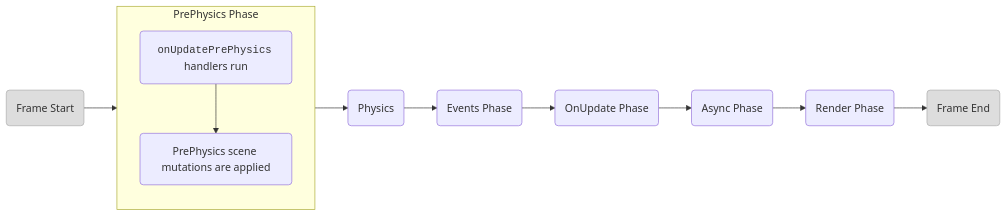
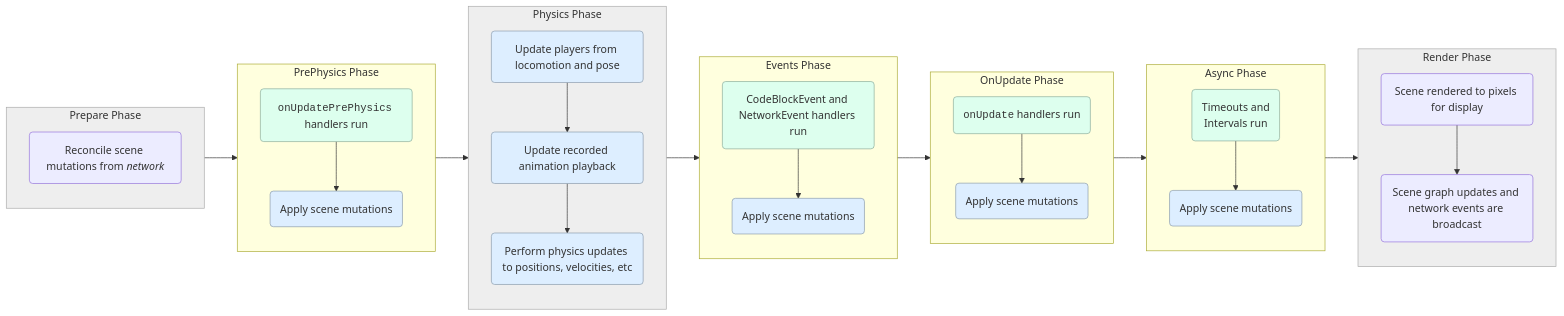
The first of 4 diagrams in HorizonTechnicalDoc.md (MHCPCreators/horizonCreatorManual), drawn with Mermaid before and after one commit. The commit also changed other lines of this file, not shown here.

Commit message:
Change frame sequence to flowChart from stateDiagram

````diff
--- a/HorizonTechnicalDoc.md
+++ b/HorizonTechnicalDoc.md
@@ -1418,17 +1346,57 @@
 ```mermaid
 flowchart LR
-  subgraph prePhysics [PrePhysics Phase]
-    preHandlers(<code style="background-color:#0000">onUpdatePrePhysics</code> handlers run) --> preMutations(PrePhysics scene mutations are applied)
+  subgraph prepare [Prepare Phase]
+    load(Reconcile scene mutations from <i>network</i>)
   end
 
-  frameStart(Frame Start) --> prePhysics
+  subgraph prePhysics [PrePhysics Phase]
+    preHandlers(<code style="background-color:#0000">onUpdatePrePhysics</code> handlers run) --> preMutations(Apply scene mutations)
+  end
+
+  subgraph physics [Physics Phase]
+    locomotion(Update players from locomotion and pose) --> animation(Update recorded animation playback)
+
+    animation --> physicsStep(Perform physics updates to positions, velocities, etc)
+  end
+
+  subgraph events [Events Phase]
+    eventHandlers(CodeBlockEvent and NetworkEvent handlers run) --> eventsMutations(Apply scene mutations)
+  end
+
+  subgraph onUpdate [OnUpdate Phase]
+    onUpdateHandlers(<code style="background-color:#0000">onUpdate</code> handlers run) --> onUpdateMutations(Apply scene mutations)
+  end
+
+  subgraph async [Async Phase]
+    asyncHandlers(Timeouts and<br/>Intervals run) --> asyncMutations(Apply scene mutations)
+  end
+
+  subgraph render [Render Phase]
+    sceneRender(Scene rendered to pixels for display) --> broadcast(Scene graph updates and network events are broadcast)
+  end
+
+  prepare --> prePhysics
   prePhysics --> physics(Physics)
   physics --> events(Events Phase)
   events --> onUpdate(OnUpdate Phase)
   onUpdate --> async(Async Phase)
   async --> render(Render Phase)
-  render --> frameEnd(Frame End)
 
-  style frameStart fill:#ddd,stroke:#aaa
-  style frameEnd fill:#ddd,stroke:#aaa
+  style prepare fill:#eee,stroke:#aaa
+  style physics fill:#eee,stroke:#aaa
+  style render fill:#eee,stroke:#aaa
+
+  style preHandlers fill:#dfe,stroke:#8a9
+  style eventHandlers fill:#dfe,stroke:#8a9
+  style onUpdateHandlers fill:#dfe,stroke:#8a9
+  style asyncHandlers fill:#dfe,stroke:#8a9
+
+  style preMutations fill:#def,stroke:#89a
+  style eventsMutations fill:#def,stroke:#89a
+  style onUpdateMutations fill:#def,stroke:#89a
+  style asyncMutations fill:#def,stroke:#89a
+
+  style locomotion fill:#def,stroke:#89a
+  style animation fill:#def,stroke:#89a
+  style physicsStep fill:#def,stroke:#89a
 ```
````
